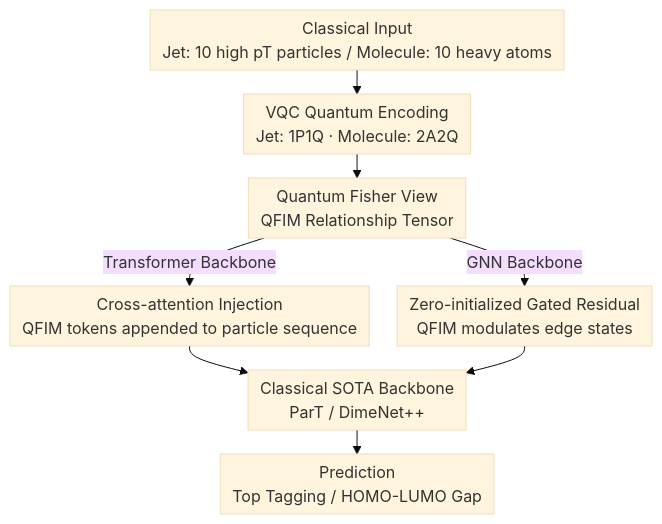
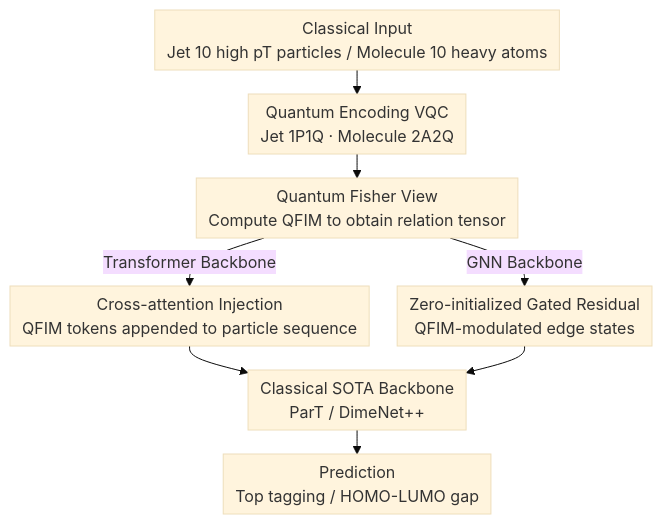
Before and after one commit to zhaoyang97/Paper-Notes-en: the diagram in docs/ICML2026/physics/quiver_quantum-informed_views_for_enhanced_representations_in_large_ml_models.md, drawn with Mermaid (base theme). The commit also changed other lines of this file and 5084 other files, not shown here.

````diff
--- a/docs/ICML2026/physics/quiver_quantum-informed_views_for_enhanced_representations_in_large_ml_models.md
+++ b/docs/ICML2026/physics/quiver_quantum-informed_views_for_enhanced_representations_in_large_ml_models.md
@@ -44,11 +44,11 @@
 ```mermaid
 %%{init: {'flowchart': {'rankSpacing': 24, 'nodeSpacing': 28, 'padding': 6, 'wrappingWidth': 400}}}%%
 flowchart TD
-    A["Classical Input<br/>Jet: 10 high pT particles / Molecule: 10 heavy atoms"] --> B["VQC Quantum Encoding<br/>Jet: 1P1Q · Molecule: 2A2Q"]
-    B --> C["Quantum Fisher View<br/>QFIM Relationship Tensor"]
+    A["Classical Input<br/>Jet 10 high pT particles / Molecule 10 heavy atoms"] --> B["Quantum Encoding VQC<br/>Jet 1P1Q · Molecule 2A2Q"]
+    B --> C["Quantum Fisher View<br/>Compute QFIM to obtain relation tensor"]
     C -->|Transformer Backbone| E["Cross-attention Injection<br/>QFIM tokens appended to particle sequence"]
-    C -->|GNN Backbone| F["Zero-initialized Gated Residual<br/>QFIM modulates edge states"]
+    C -->|GNN Backbone| F["Zero-initialized Gated Residual<br/>QFIM-modulated edge states"]
     E --> G["Classical SOTA Backbone<br/>ParT / DimeNet++"]
     F --> G
-    G --> H["Prediction<br/>Top Tagging / HOMO-LUMO Gap"]
+    G --> H["Prediction<br/>Top tagging / HOMO-LUMO gap"]
 ```
````
